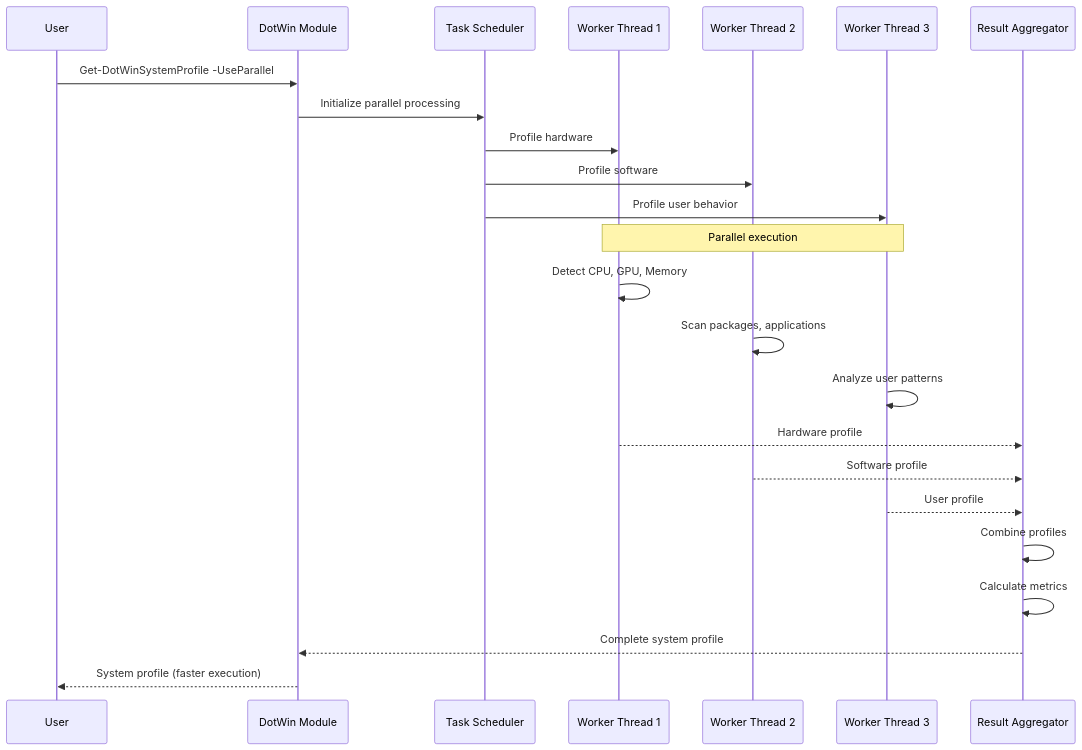
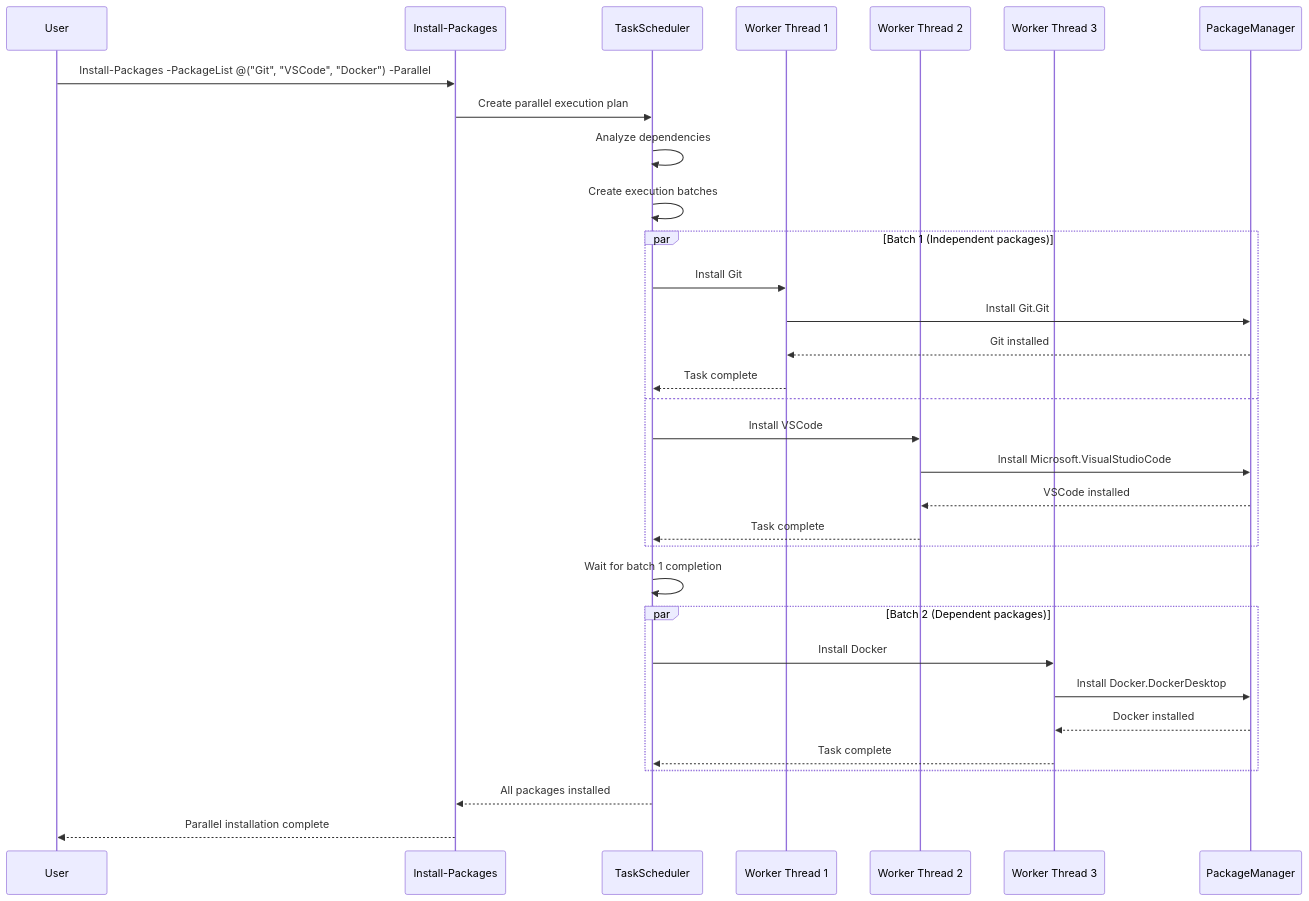
One commit to albedosehen/dot-win changed diagram 13 of 16 in docs/SequenceDiagrams.md. Above: the diagram before and after it, drawn with Mermaid. The commit also changed other lines of this file and 69 other files, not shown here.

Commit message:
Bridge DotWin configuration management and config files

````diff
--- a/docs/SequenceDiagrams.md
+++ b/docs/SequenceDiagrams.md
@@ -431,33 +543,39 @@
 ```mermaid
 sequenceDiagram
     participant User
-    participant DotWin as DotWin Module
-    participant Scheduler as Task Scheduler
+    participant IP as Install-Packages
+    participant Scheduler as TaskScheduler
     participant Worker1 as Worker Thread 1
     participant Worker2 as Worker Thread 2
     participant Worker3 as Worker Thread 3
-    participant Aggregator as Result Aggregator
+    participant PM as PackageManager
+
+    User->>IP: Install-Packages -PackageList @("Git", "VSCode", "Docker") -Parallel
+    IP->>Scheduler: Create parallel execution plan
+    Scheduler->>Scheduler: Analyze dependencies
+    Scheduler->>Scheduler: Create execution batches
     
-    User->>DotWin: Get-DotWinSystemProfile -UseParallel
-    DotWin->>Scheduler: Initialize parallel processing
+    par Batch 1 (Independent packages)
+        Scheduler->>Worker1: Install Git
+        Worker1->>PM: Install Git.Git
+        PM-->>Worker1: Git installed
+        Worker1-->>Scheduler: Task complete
+    and
+        Scheduler->>Worker2: Install VSCode
+        Worker2->>PM: Install Microsoft.VisualStudioCode
+        PM-->>Worker2: VSCode installed
+        Worker2-->>Scheduler: Task complete
+    end
     
-    Scheduler->>Worker1: Profile hardware
-    Scheduler->>Worker2: Profile software
-    Scheduler->>Worker3: Profile user behavior
+    Scheduler->>Scheduler: Wait for batch 1 completion
     
-    Note over Worker1,Worker3: Parallel execution
+    par Batch 2 (Dependent packages)
+        Scheduler->>Worker3: Install Docker
+        Worker3->>PM: Install Docker.DockerDesktop
+        PM-->>Worker3: Docker installed
+        Worker3-->>Scheduler: Task complete
+    end
     
-    Worker1->>Worker1: Detect CPU, GPU, Memory
-    Worker2->>Worker2: Scan packages, applications
-    Worker3->>Worker3: Analyze user patterns
-    
-    Worker1-->>Aggregator: Hardware profile
-    Worker2-->>Aggregator: Software profile
-    Worker3-->>Aggregator: User profile
-    
-    Aggregator->>Aggregator: Combine profiles
-    Aggregator->>Aggregator: Calculate metrics
-    Aggregator-->>DotWin: Complete system profile
-    
-    DotWin-->>User: System profile (faster execution)
+    Scheduler-->>IP: All packages installed
+    IP-->>User: Parallel installation complete
 ```
````
